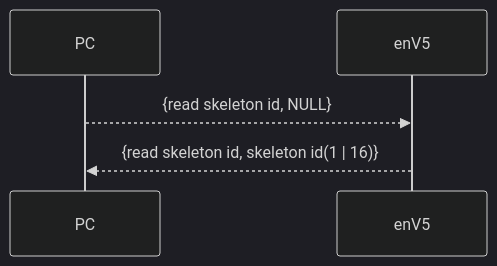
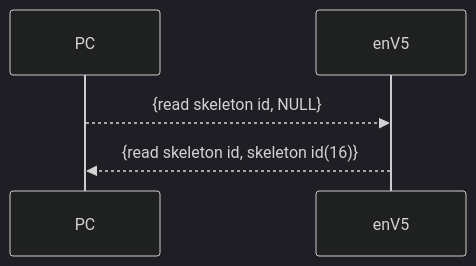
The third of 10 diagrams in python_utils/usb/README.adoc (es-ude/elastic-ai.runtime.enV5), drawn with Mermaid (dark theme) before and after one commit. The commit also changed other lines of this file and 3 other files, not shown here.

```diff
--- a/python_utils/usb/README.adoc
+++ b/python_utils/usb/README.adoc
@@ -59,6 +67,6 @@
 [mermaid]
 ....
 sequenceDiagram
     PC-->>enV5: {read skeleton id, NULL}
-    enV5-->>PC: {read skeleton id, skeleton id(1 | 16)}
+    enV5-->>PC: {read skeleton id, skeleton id(16)}
 ....
```
